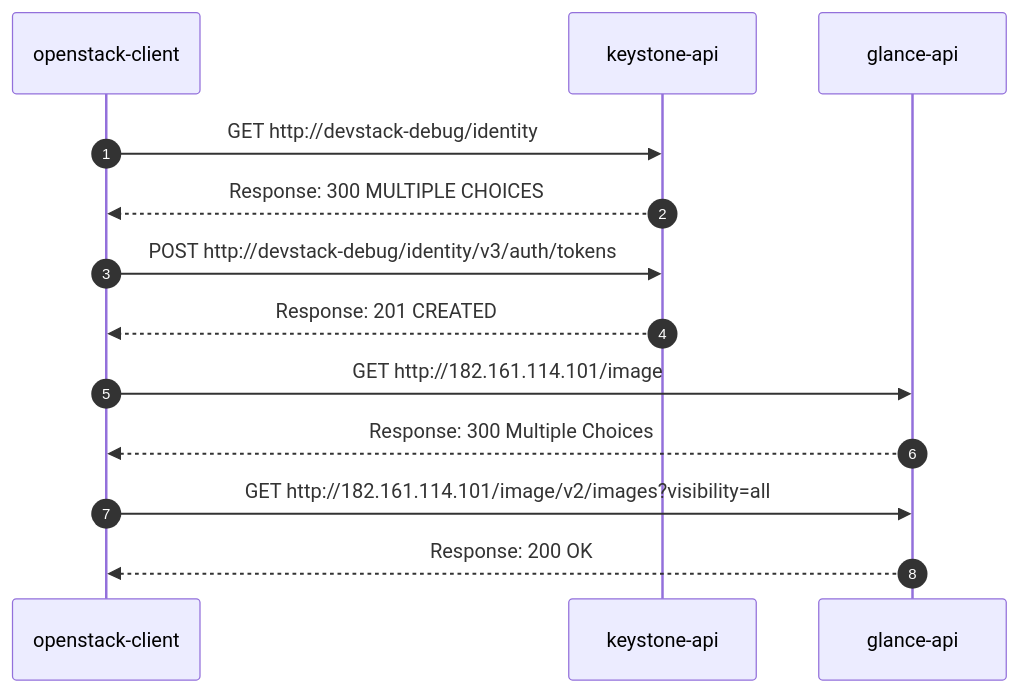
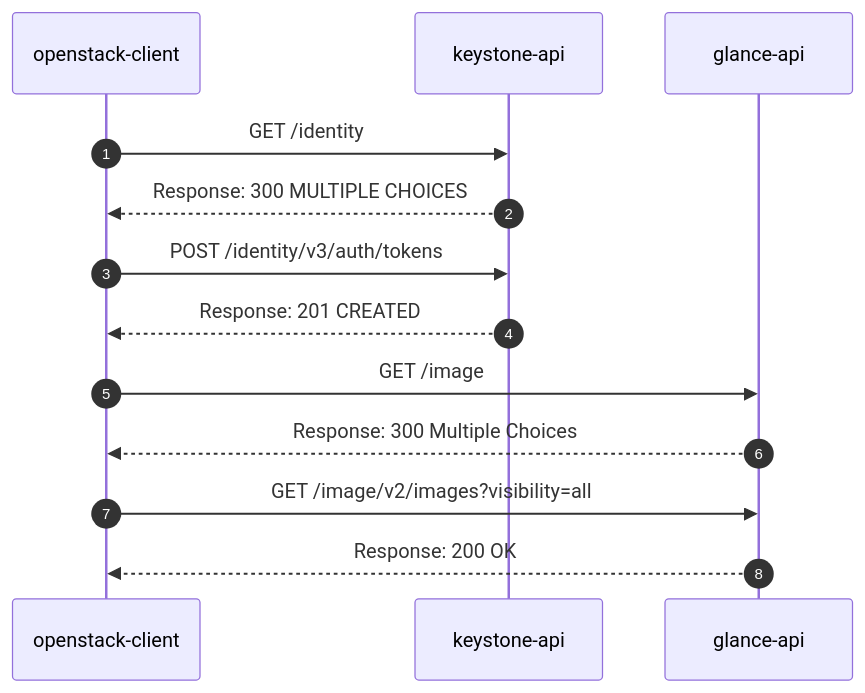
The diagram in docs/openstack/sequence/image/list.md (jade-kinx/jade-kinx.github.io), drawn with Mermaid before and after one commit. The commit also changed other lines of this file and 8 other files, not shown here.

````diff
--- a/docs/openstack/sequence/image/list.md
+++ b/docs/openstack/sequence/image/list.md
@@ -40,15 +40,15 @@
 ``` mermaid
 sequenceDiagram
   autonumber
   participant client as openstack-client
   participant keystone as keystone-api
   participant glance as glance-api
-  client->>keystone: GET http://devstack-debug/identity
+  client->>keystone: GET /identity
   keystone-->>client: Response: 300 MULTIPLE CHOICES
-  client->>keystone: POST http://devstack-debug/identity/v3/auth/tokens
+  client->>keystone: POST /identity/v3/auth/tokens
   keystone-->>client: Response: 201 CREATED
-  client->>glance: GET http://182.161.114.101/image
+  client->>glance: GET /image
   glance-->>client: Response: 300 Multiple Choices
-  client->>glance: GET http://182.161.114.101/image/v2/images?visibility=all
+  client->>glance: GET /image/v2/images?visibility=all
   glance-->>client: Response: 200 OK
 ```
````
